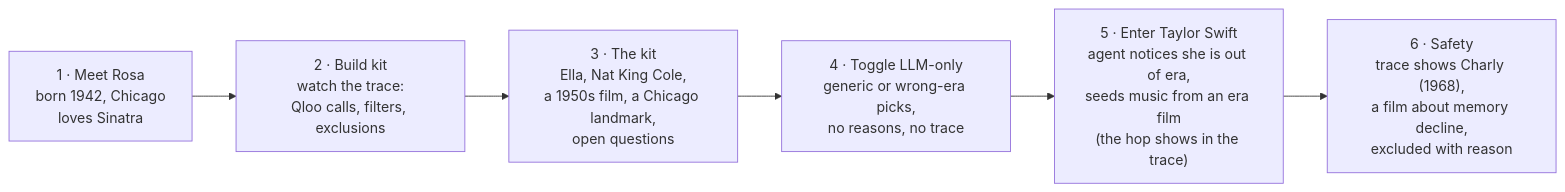
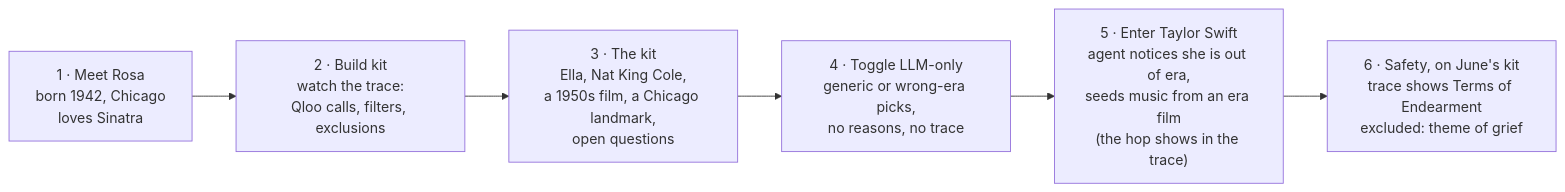
The eighth of 8 diagrams in docs/implementation-plan.md (PrathibhaDevkar/memory-lane), drawn with Mermaid before and after one commit. The commit also changed other lines of this file and 30 other files, not shown here.

````diff
--- a/docs/implementation-plan.md
+++ b/docs/implementation-plan.md
@@ -425,8 +425,8 @@
 ```mermaid
 flowchart LR
     A["1 · Meet Rosa<br/>born 1942, Chicago<br/>loves Sinatra"] --> B["2 · Build kit<br/>watch the trace:<br/>Qloo calls, filters, exclusions"]
     B --> C["3 · The kit<br/>Ella, Nat King Cole,<br/>a 1950s film, a Chicago landmark,<br/>open questions"]
     C --> D["4 · Toggle LLM-only<br/>generic or wrong-era picks,<br/>no reasons, no trace"]
     D --> E["5 · Enter Taylor Swift<br/>agent notices she is out of era,<br/>seeds music from an era film<br/>(the hop shows in the trace)"]
-    E --> F["6 · Safety<br/>trace shows Charly (1968),<br/>a film about memory decline,<br/>excluded with reason"]
+    E --> F["6 · Safety, on June's kit<br/>trace shows Terms of Endearment<br/>excluded: theme of grief"]
 ```
````
